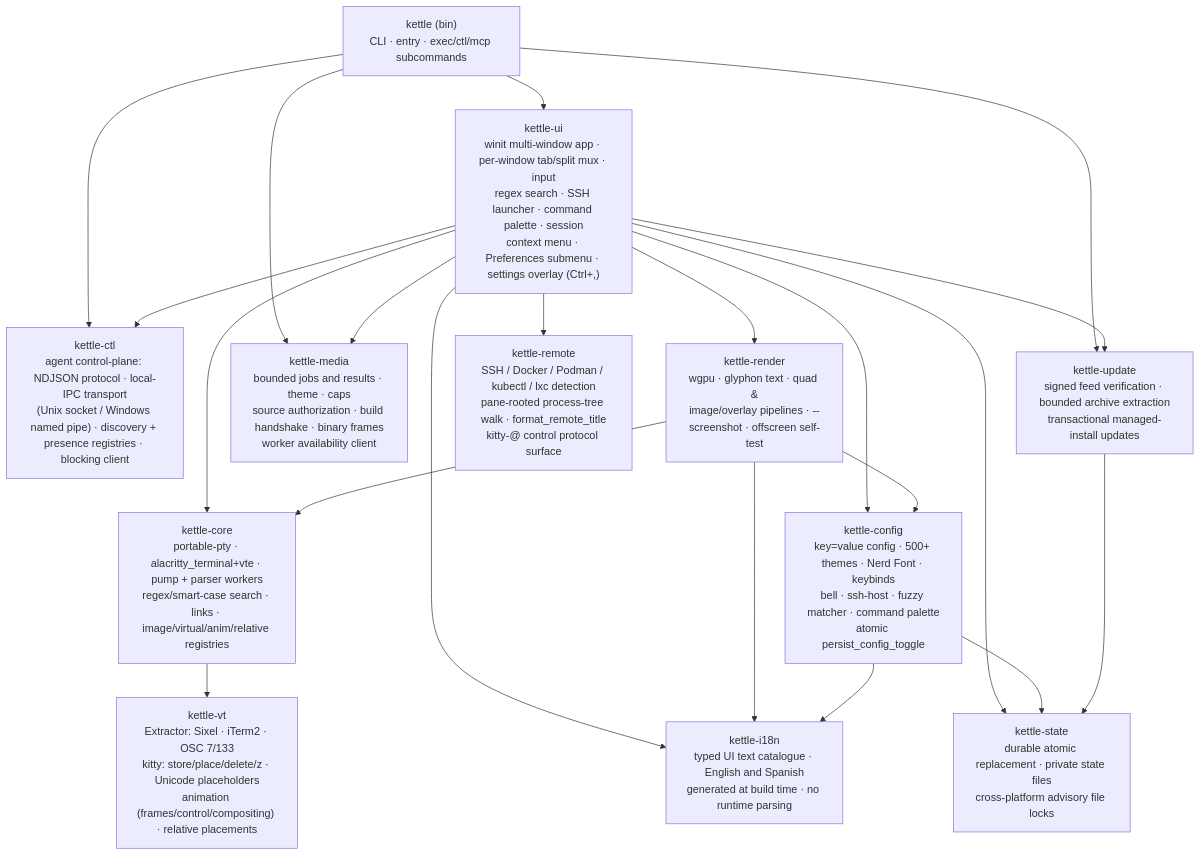
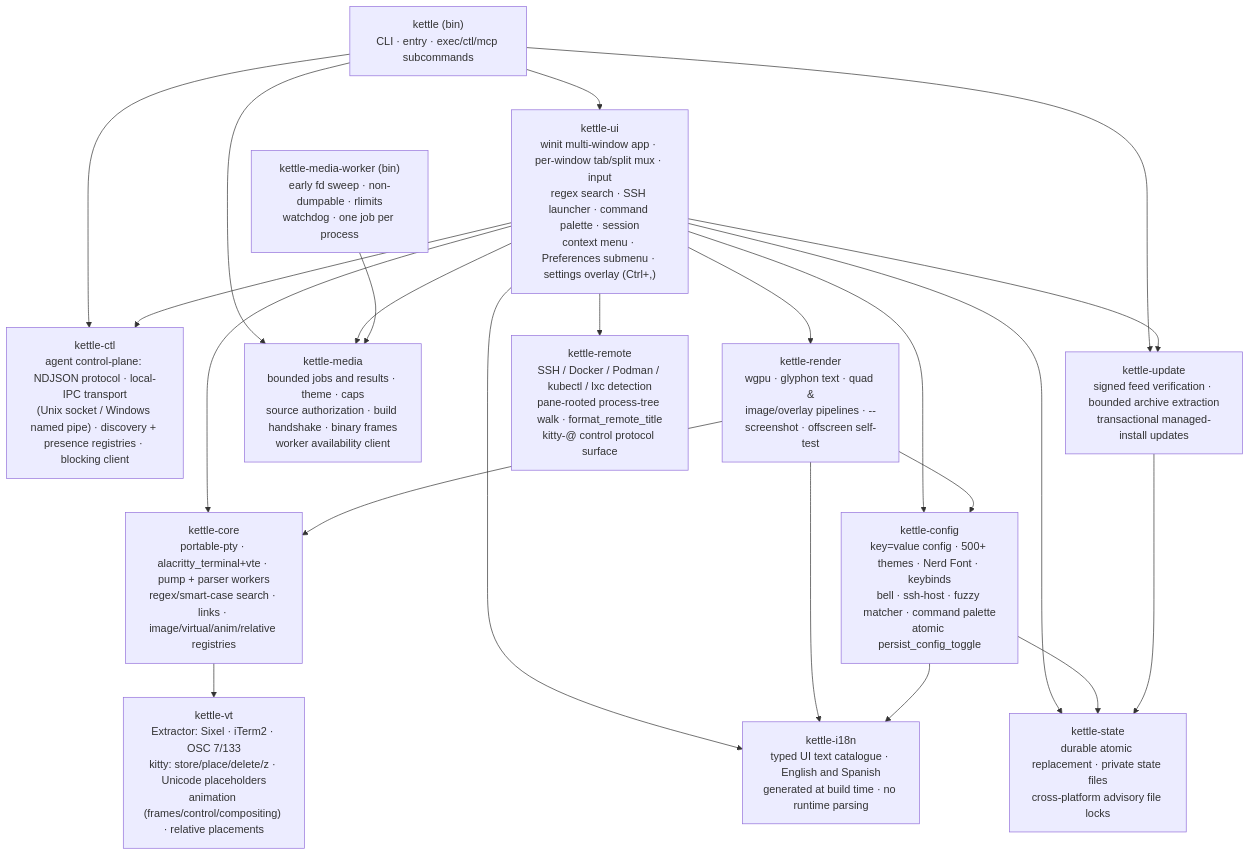
Before and after one commit to Reddimus/kettle: the first of 11 diagrams in docs/ARCHITECTURE.md, drawn with Mermaid. The commit also changed other lines of this file and 18 other files, not shown here.

First line of the commit message:
kettle-media-worker: add the media worker executable (#465)

````diff
--- a/docs/ARCHITECTURE.md
+++ b/docs/ARCHITECTURE.md
@@ -10,29 +10,30 @@
 ```mermaid
 graph TD
     bin["kettle (bin)<br/>CLI · entry · exec/ctl/mcp subcommands"] --> ui
     bin --> ctl
     bin --> update
     bin --> media
     ui["kettle-ui<br/>winit multi-window app · per-window tab/split mux · input<br/>regex search · SSH launcher · command palette · session<br/>context menu · Preferences submenu · settings overlay (Ctrl+,)"] --> render
     ui --> core
     ui --> cfg
     ui --> remote
     ui --> ctl
     ui --> state
     ui --> update
     ui --> i18n
     ui --> media
     i18n["kettle-i18n<br/>typed UI text catalogue · English and Spanish<br/>generated at build time · no runtime parsing"]
     ctl["kettle-ctl<br/>agent control-plane: NDJSON protocol · local-IPC transport<br/>(Unix socket / Windows named pipe) · discovery + presence registries · blocking client"]
     render["kettle-render<br/>wgpu · glyphon text · quad &<br/>image/overlay pipelines · --screenshot · offscreen self-test"] --> core
     render --> cfg
     render --> i18n
     core["kettle-core<br/>portable-pty · alacritty_terminal+vte · pump + parser workers<br/>regex/smart-case search · links · image/virtual/anim/relative registries"] --> vt
     cfg --> i18n
     cfg["kettle-config<br/>key=value config · 500+ themes · Nerd Font · keybinds<br/>bell · ssh-host · fuzzy matcher · command palette<br/>atomic persist_config_toggle"] --> state
     vt["kettle-vt<br/>Extractor: Sixel · iTerm2 · OSC 7/133<br/>kitty: store/place/delete/z · Unicode placeholders<br/>animation (frames/control/compositing) · relative placements"]
     remote["kettle-remote<br/>SSH / Docker / Podman / kubectl / lxc detection<br/>pane-rooted process-tree walk · format_remote_title<br/>kitty-@ control protocol surface"]
     update["kettle-update<br/>signed feed verification · bounded archive extraction<br/>transactional managed-install updates"] --> state
     state["kettle-state<br/>durable atomic replacement · private state files<br/>cross-platform advisory file locks"]
     media["kettle-media<br/>bounded jobs and results · theme · caps<br/>source authorization · build handshake · binary frames<br/>worker availability client"]
+    worker["kettle-media-worker (bin)<br/>early fd sweep · non-dumpable · rlimits<br/>watchdog · one job per process"] --> media
 ```
````
